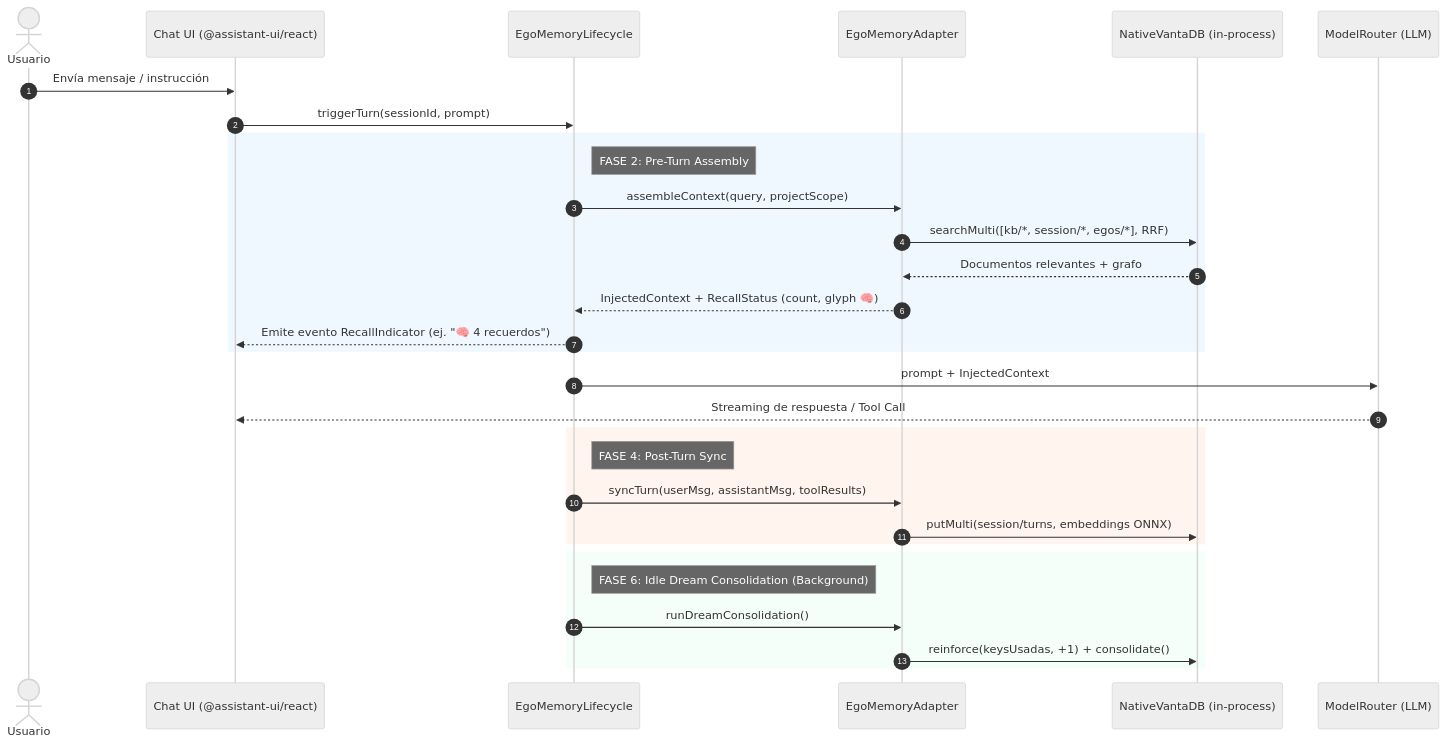
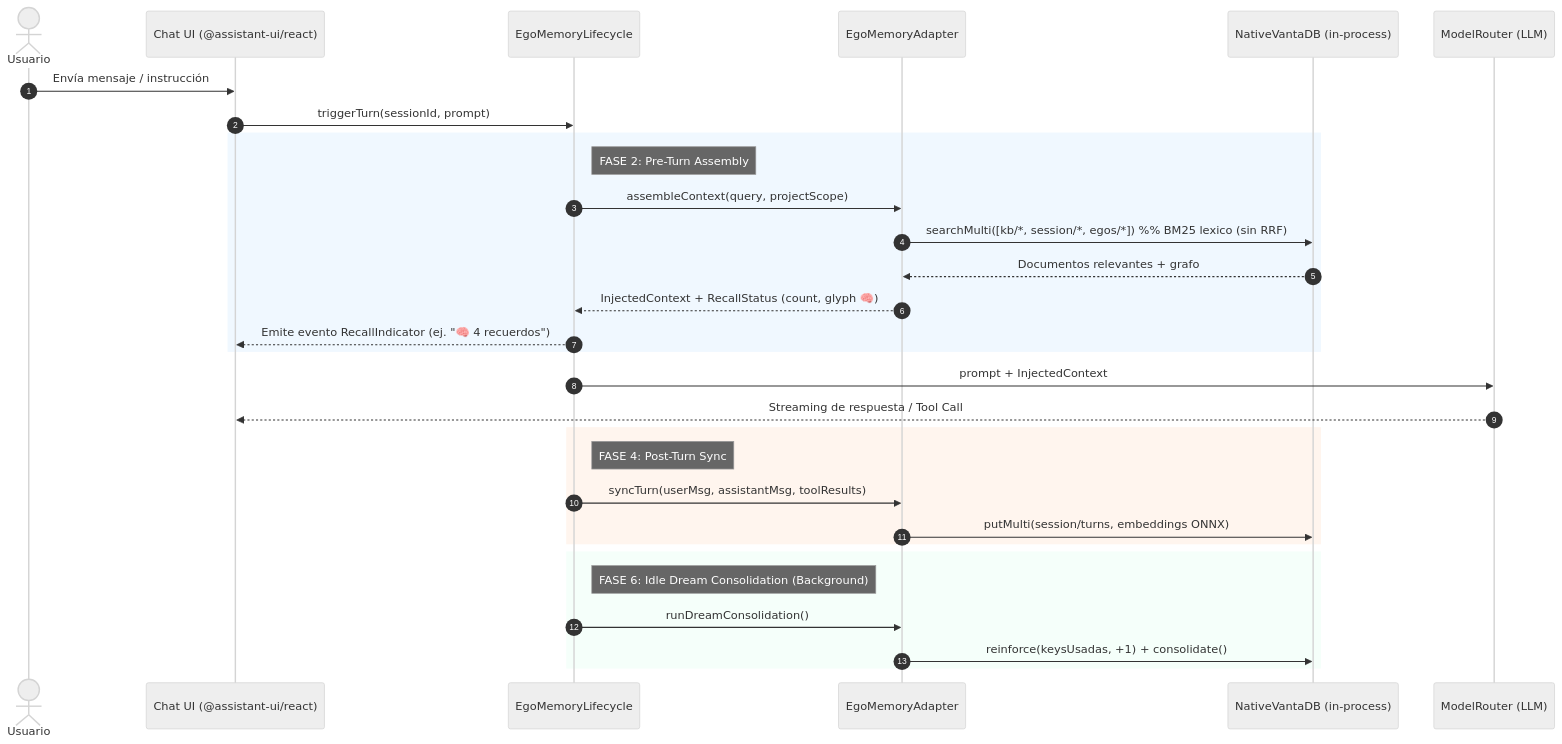
One commit to ness-e/Ego changed the diagram in docs/architecture/ciclo-memoria-unificado.md. Above: the diagram before and after it, drawn with Mermaid (neutral theme). The commit also changed other lines of this file and 34 other files, not shown here.

````diff
--- a/docs/architecture/ciclo-memoria-unificado.md
+++ b/docs/architecture/ciclo-memoria-unificado.md
@@ -39,37 +39,37 @@
 ```mermaid
 sequenceDiagram
     autonumber
     actor Usuario
     participant UI as Chat UI (@assistant-ui/react)
     participant Lifecycle as EgoMemoryLifecycle
     participant Adapter as EgoMemoryAdapter
     participant Vanta as NativeVantaDB (in-process)
     participant Model as ModelRouter (LLM)
 
     Usuario->>UI: Envía mensaje / instrucción
     UI->>Lifecycle: triggerTurn(sessionId, prompt)
     
     rect rgb(240, 248, 255)
     note right of Lifecycle: FASE 2: Pre-Turn Assembly
     Lifecycle->>Adapter: assembleContext(query, projectScope)
-    Adapter->>Vanta: searchMulti([kb/*, session/*, egos/*], RRF)
+    Adapter->>Vanta: searchMulti([kb/*, session/*, egos/*])  %% BM25 lexico (sin RRF)
     Vanta-->>Adapter: Documentos relevantes + grafo
     Adapter-->>Lifecycle: InjectedContext + RecallStatus (count, glyph 🧠)
     Lifecycle-->>UI: Emite evento RecallIndicator (ej. "🧠 4 recuerdos")
     end
 
     Lifecycle->>Model: prompt + InjectedContext
     Model-->>UI: Streaming de respuesta / Tool Call
 
     rect rgb(255, 245, 238)
     note right of Lifecycle: FASE 4: Post-Turn Sync
     Lifecycle->>Adapter: syncTurn(userMsg, assistantMsg, toolResults)
     Adapter->>Vanta: putMulti(session/turns, embeddings ONNX)
     end
 
     rect rgb(245, 255, 250)
     note right of Lifecycle: FASE 6: Idle Dream Consolidation (Background)
     Lifecycle->>Adapter: runDreamConsolidation()
     Adapter->>Vanta: reinforce(keysUsadas, +1) + consolidate()
     end
 ```
````
